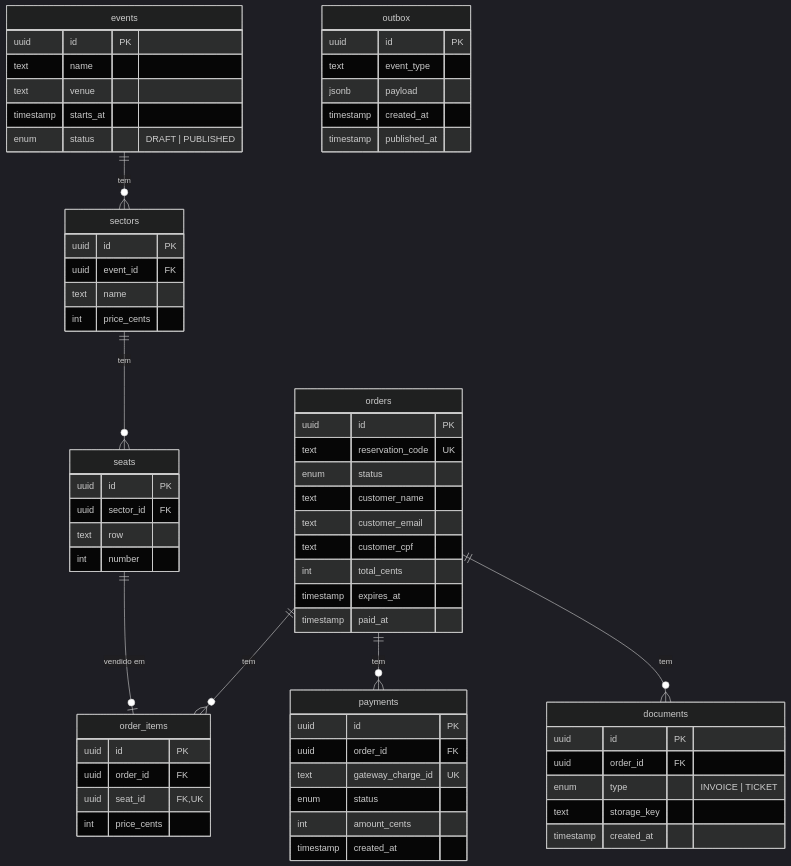
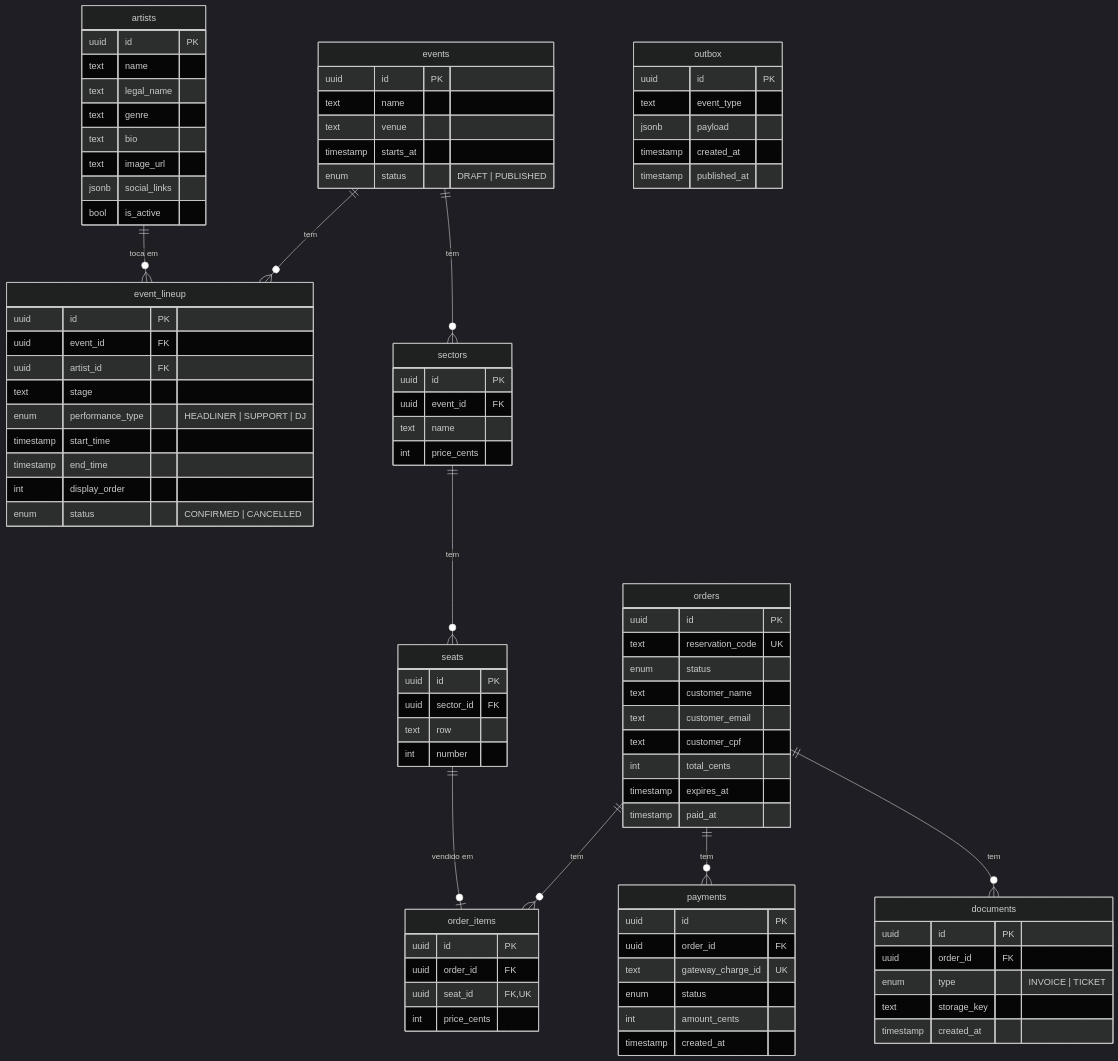
Before and after one commit to Dan1elz/ticketly: the second of 2 diagrams in docs/arquitetura.md, drawn with Mermaid (dark theme). The commit also changed other lines of this file and 13 other files, not shown here.

````diff
--- a/docs/arquitetura.md
+++ b/docs/arquitetura.md
@@ -78,5 +78,7 @@
 ```mermaid
 erDiagram
+    events ||--o{ event_lineup : tem
+    artists ||--o{ event_lineup : "toca em"
     events ||--o{ sectors : tem
     sectors ||--o{ seats : tem
     orders ||--o{ order_items : tem
@@ -90,6 +92,27 @@
         text venue
         timestamp starts_at
         enum status "DRAFT | PUBLISHED"
+    }
+    artists {
+        uuid id PK
+        text name
+        text legal_name
+        text genre
+        text bio
+        text image_url
+        jsonb social_links
+        bool is_active
+    }
+    event_lineup {
+        uuid id PK
+        uuid event_id FK
+        uuid artist_id FK
+        text stage
+        enum performance_type "HEADLINER | SUPPORT | DJ"
+        timestamp start_time
+        timestamp end_time
+        int display_order
+        enum status "CONFIRMED | CANCELLED"
     }
     sectors {
         uuid id PK
````
